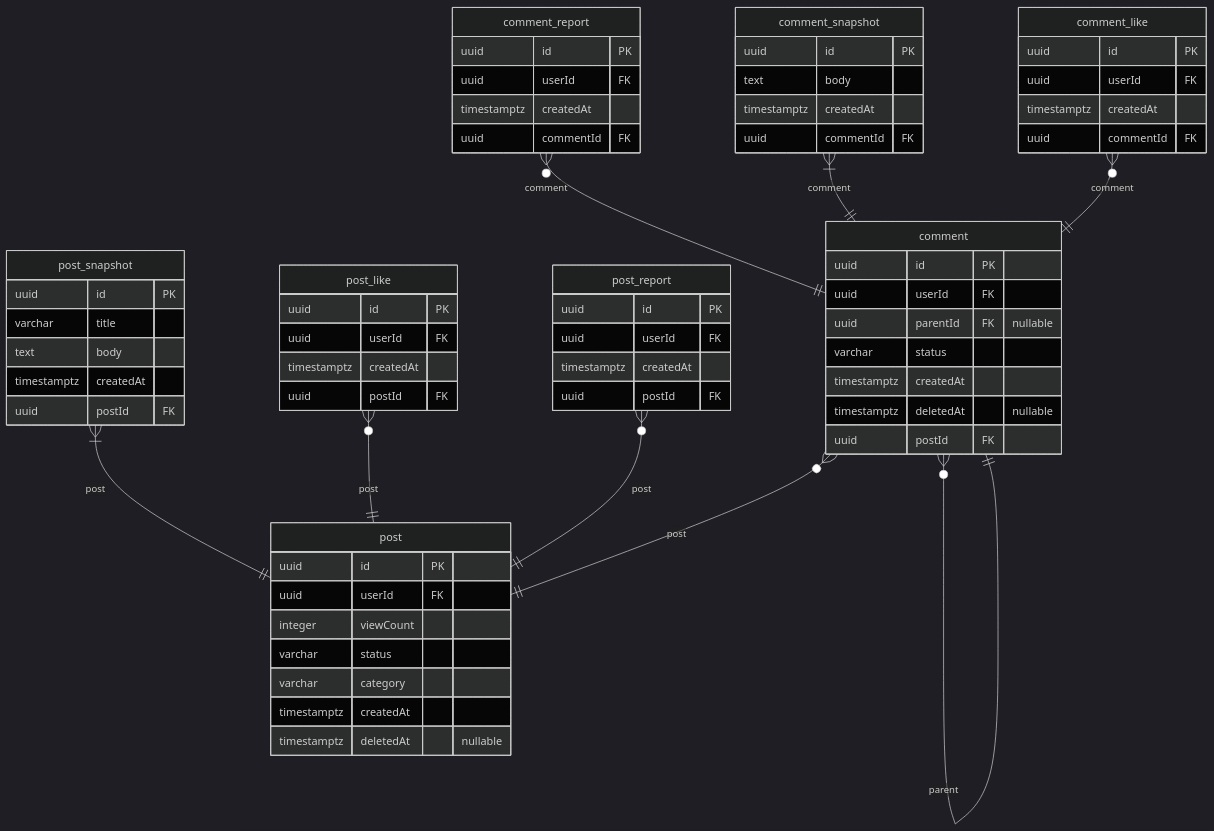
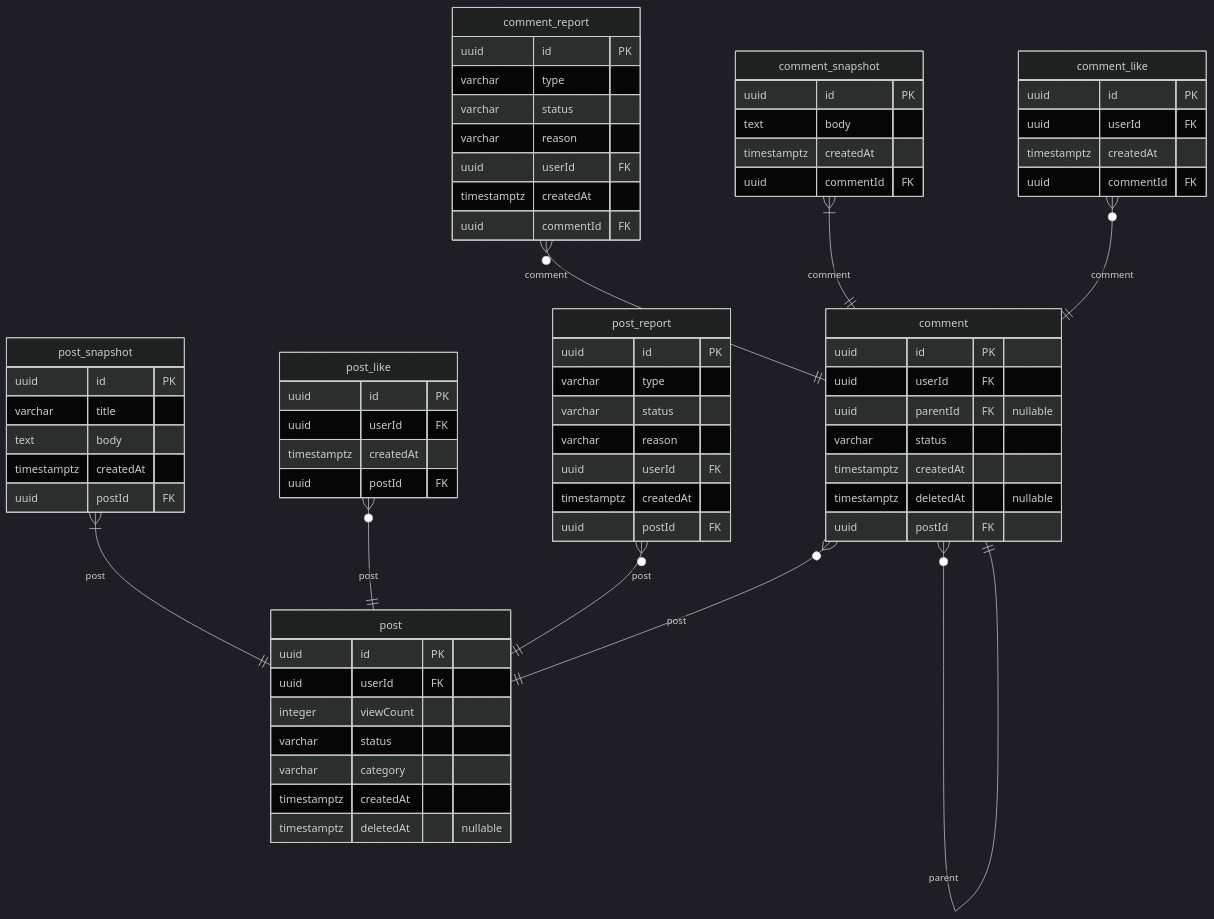
The fourth of 4 diagrams in docs/najiha-v2-erd.md (NAJUHA-JIUJITSU/najuha-v2-be), drawn with Mermaid (dark theme) before and after one commit. The commit also changed other lines of this file and 12 other files, not shown here.

````diff
--- a/docs/najiha-v2-erd.md
+++ b/docs/najiha-v2-erd.md
@@ -537,66 +537,72 @@
 ```mermaid
 erDiagram
   post_snapshot {
     uuid id PK
     varchar title
     text body
     timestamptz createdAt
     uuid postId FK
   }
   post_like {
     uuid id PK
     uuid userId FK
     timestamptz createdAt
     uuid postId FK
   }
   post_report {
     uuid id PK
+    varchar type
+    varchar status
+    varchar reason
     uuid userId FK
     timestamptz createdAt
     uuid postId FK
   }
   post {
     uuid id PK
     uuid userId FK
     integer viewCount
     varchar status
     varchar category
     timestamptz createdAt
     timestamptz deletedAt "nullable"
   }
   comment_report {
     uuid id PK
+    varchar type
+    varchar status
+    varchar reason
     uuid userId FK
     timestamptz createdAt
     uuid commentId FK
   }
   comment_snapshot {
     uuid id PK
     text body
     timestamptz createdAt
     uuid commentId FK
   }
   comment {
     uuid id PK
     uuid userId FK
     uuid parentId FK "nullable"
     varchar status
     timestamptz createdAt
     timestamptz deletedAt "nullable"
     uuid postId FK
   }
   comment_like {
     uuid id PK
     uuid userId FK
     timestamptz createdAt
     uuid commentId FK
   }
   post_snapshot }|--|| post: post
   post_like }o--|| post: post
   post_report }o--|| post: post
   comment_report }o--|| comment: comment
   comment_snapshot }|--|| comment: comment
   comment }o--|| comment: parent
   comment }o--|| post: post
   comment_like }o--|| comment: comment
 ```
````
